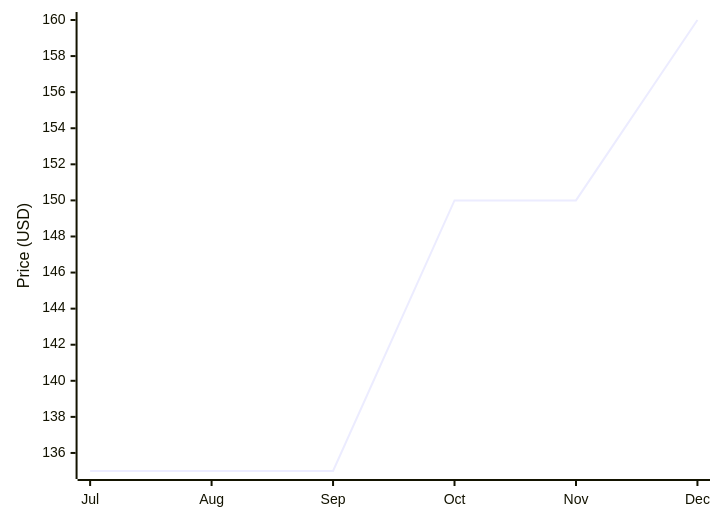
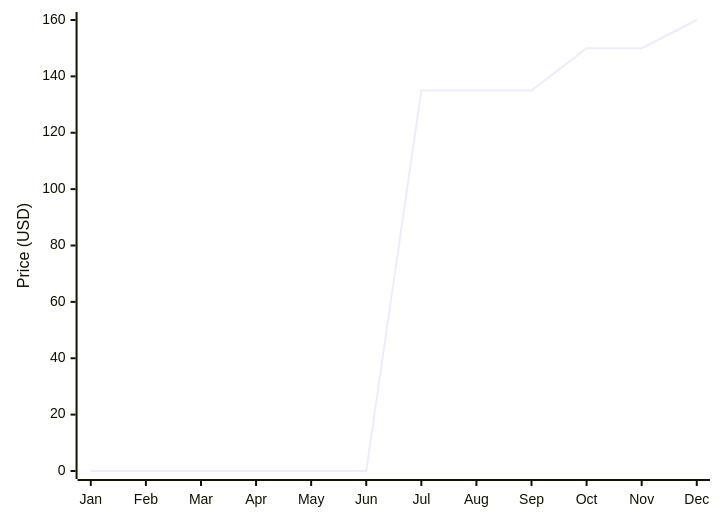
Before and after one commit to up-n-atom/8311: the sixth of 6 diagrams in docs/discord/group-buys.md, drawn with Mermaid. The commit also changed other lines of this file, not shown here.

Commit message:
group buys: change 2023 to encompass the full year

````diff
--- a/docs/discord/group-buys.md
+++ b/docs/discord/group-buys.md
@@ -64,6 +64,6 @@
 ``` mermaid
 xychart-beta
-    x-axis [Jul, Aug, Sep, Oct, Nov, Dec]
-    y-axis "Price (USD)" 135 --> 160
-    line [135, 135, 135, 150, 150, 160]
+    x-axis [Jan, Feb, Mar, Apr, May, Jun, Jul, Aug, Sep, Oct, Nov, Dec]
+    y-axis "Price (USD)" 0 --> 160
+    line [0, 0, 0, 0, 0, 0, 135, 135, 135, 150, 150, 160]
 ```
````
